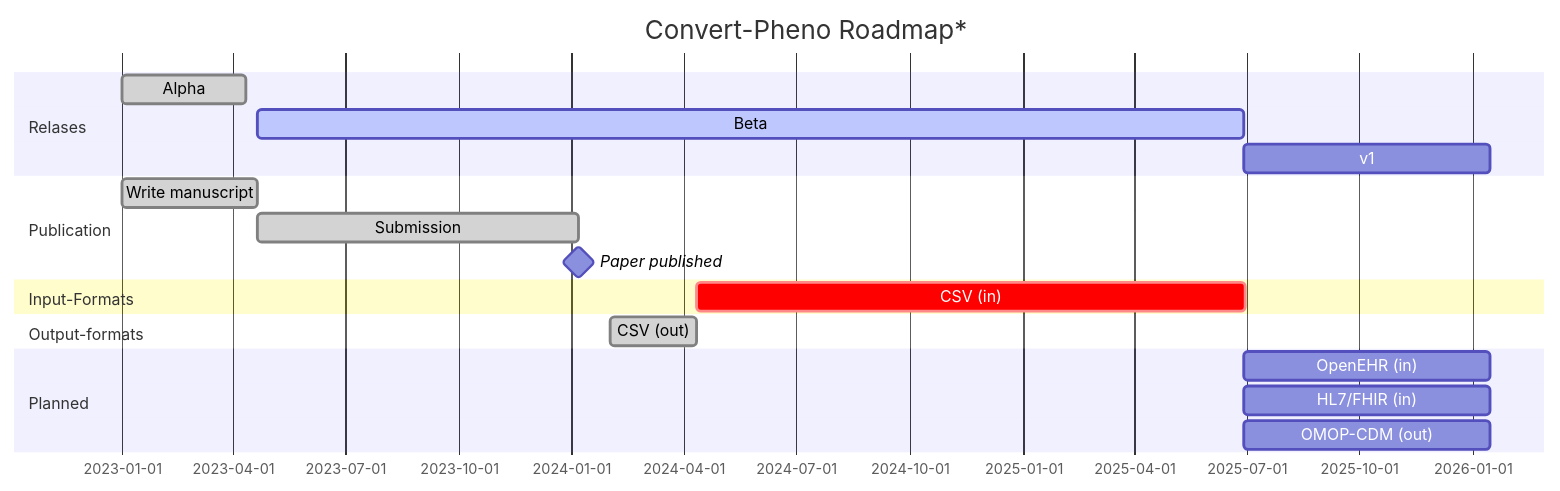
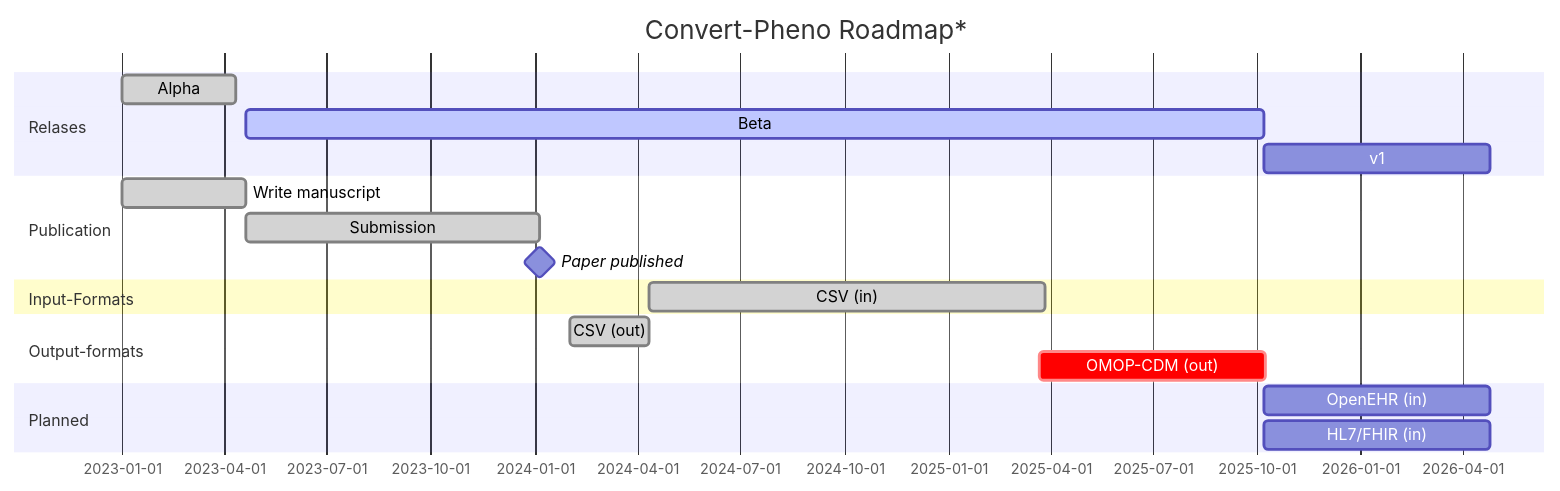
Before and after one commit to CNAG-Biomedical-Informatics/convert-pheno: the diagram in docs/future-plans.md, drawn with Mermaid. The commit also changed 1 other file, not shown here.

Commit message:
Update Dockerfile

````diff
--- a/docs/future-plans.md
+++ b/docs/future-plans.md
@@ -1,26 +1,26 @@
 ```mermaid
   gantt
     title Convert-Pheno Roadmap*
     dateFormat  YYYY-MM-DD
 
     section Relases
     Alpha                     :done,      r1, 2023-01-01, 100d
-    Beta                      :active,    r2, after m1, 800d
+    Beta                      :active,    r2, after m1, 900d
     v1                        :           r3, after r2, 200d
 
     section Publication
     Write manuscript          :done,      m1, 2023-01-01, 110d
     Submission                :done,      m2, after m1, 260d
     Paper published           :milestone, after m2, 0d
 
     section Input-Formats
-    CSV (in)        :crit, f1, after f0,   445d
+    CSV (in)        :done, f1, after f0,   350d
 
     section Output-formats
     CSV (out)       :done, f0, 2024-02-01, 70d
+    OMOP-CDM (out)  :crit,     f2, 2025-03-22, 200d
 
     section Planned
-    OpenEHR (in)    :      f3, after r2,   200d
-    HL7/FHIR (in)   :      f4, after r2,   200d
-    OMOP-CDM (out)  :      f2, after r2,   200d
+    OpenEHR (in)    :          f3, after r2,   200d
+    HL7/FHIR (in)   :          f4, after r2,   200d
 ```
````
